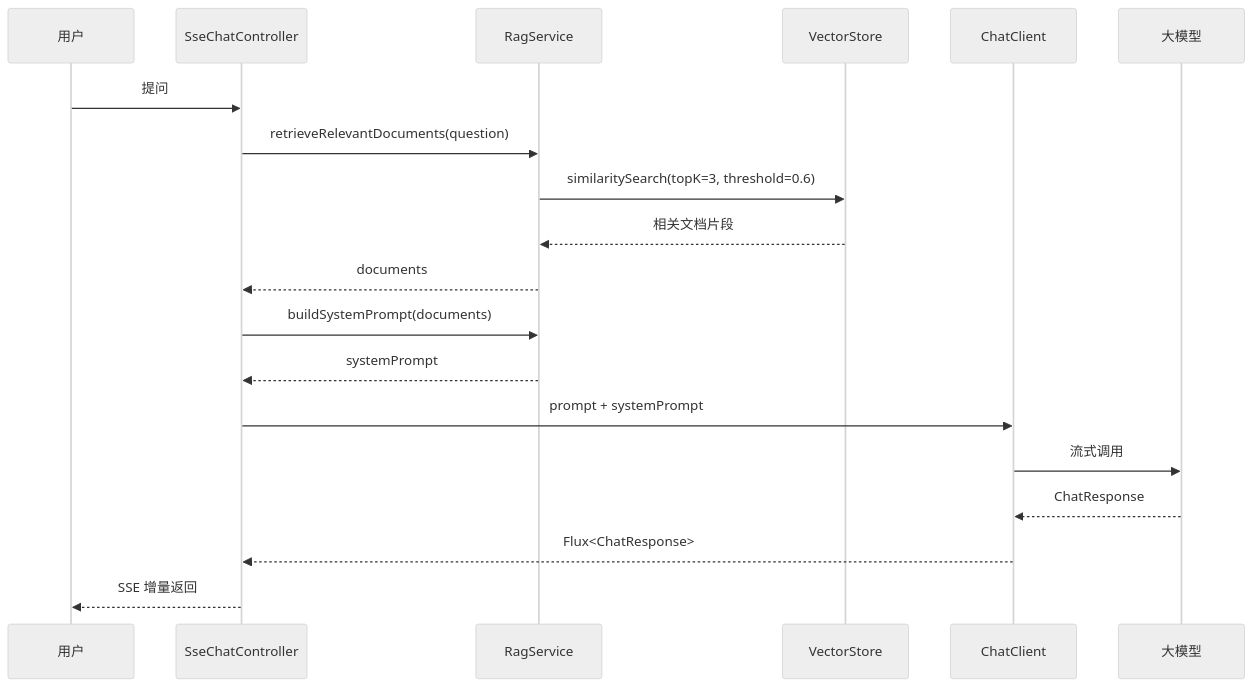
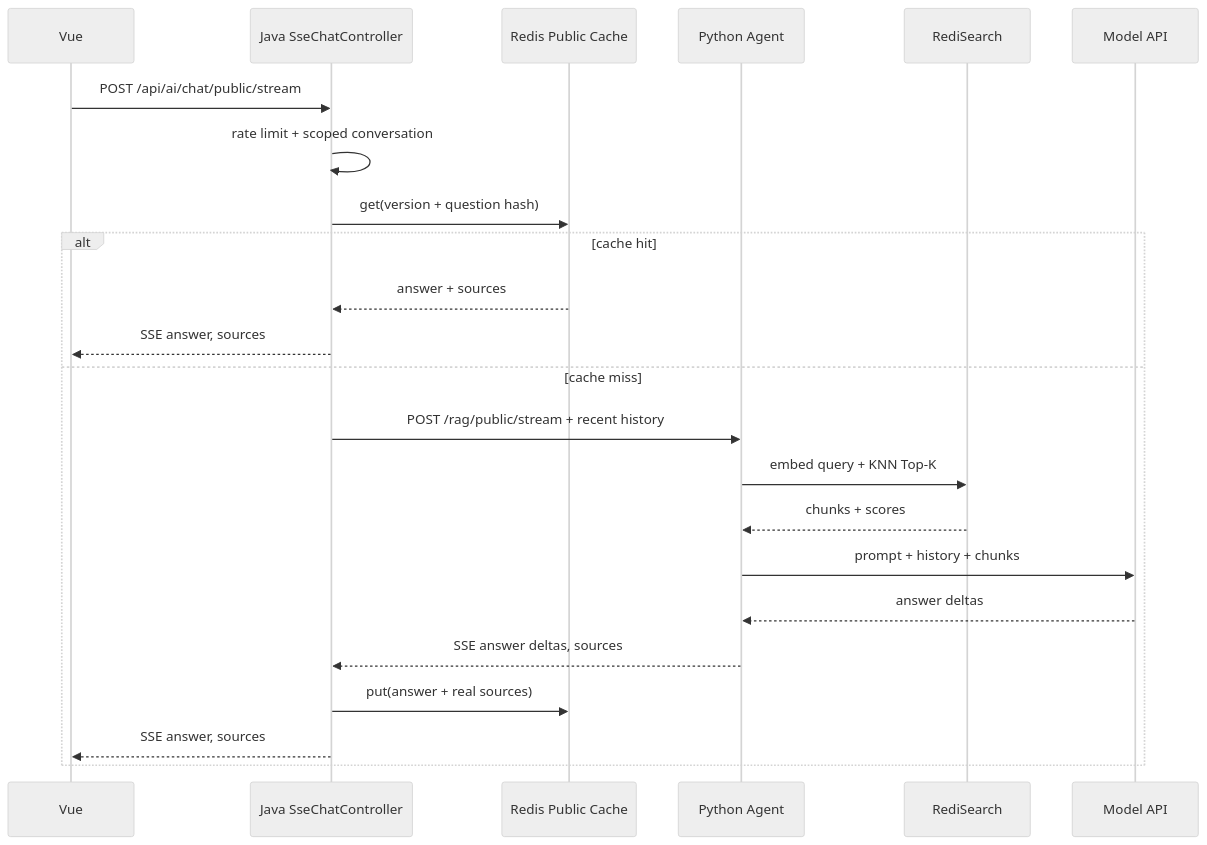
One commit to citen-xx/springAI-campus-brillant-helper changed the second of 4 diagrams in docs/architecture.md. Above: the diagram before and after it, drawn with Mermaid (neutral theme). The commit also changed other lines of this file and 1 other file, not shown here.

````diff
--- a/docs/architecture.md
+++ b/docs/architecture.md
@@ -85,22 +58,26 @@
 ```mermaid
 sequenceDiagram
-    participant U as 用户
-    participant C as SseChatController
-    participant R as RagService
-    participant V as VectorStore
-    participant AI as ChatClient
-    participant LLM as 大模型
+    participant FE as Vue
+    participant J as Java SseChatController
+    participant C as Redis Public Cache
+    participant P as Python Agent
+    participant V as RediSearch
+    participant L as Model API
 
-    U->>C: 提问
-    C->>R: retrieveRelevantDocuments(question)
-    R->>V: similaritySearch(topK=3, threshold=0.6)
-    V-->>R: 相关文档片段
-    R-->>C: documents
-    C->>R: buildSystemPrompt(documents)
-    R-->>C: systemPrompt
-    C->>AI: prompt + systemPrompt
-    AI->>LLM: 流式调用
-    LLM-->>AI: ChatResponse
-    AI-->>C: Flux<ChatResponse>
-    C-->>U: SSE 增量返回
+    FE->>J: POST /api/ai/chat/public/stream
+    J->>J: rate limit + scoped conversation
+    J->>C: get(version + question hash)
+    alt cache hit
+        C-->>J: answer + sources
+        J-->>FE: SSE answer, sources
+    else cache miss
+        J->>P: POST /rag/public/stream + recent history
+        P->>V: embed query + KNN Top-K
+        V-->>P: chunks + scores
+        P->>L: prompt + history + chunks
+        L-->>P: answer deltas
+        P-->>J: SSE answer deltas, sources
+        J->>C: put(answer + real sources)
+        J-->>FE: SSE answer, sources
+    end
 ```
````
